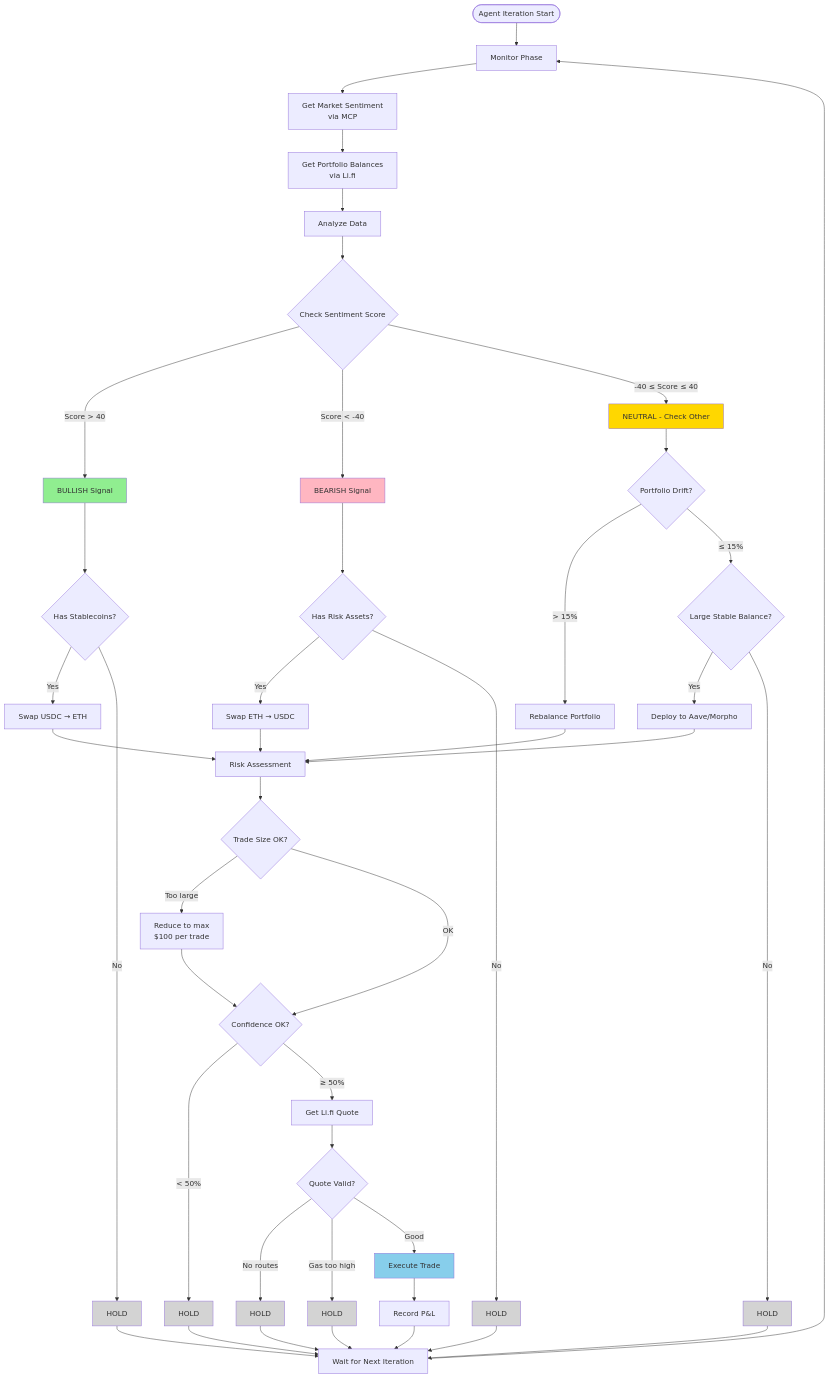
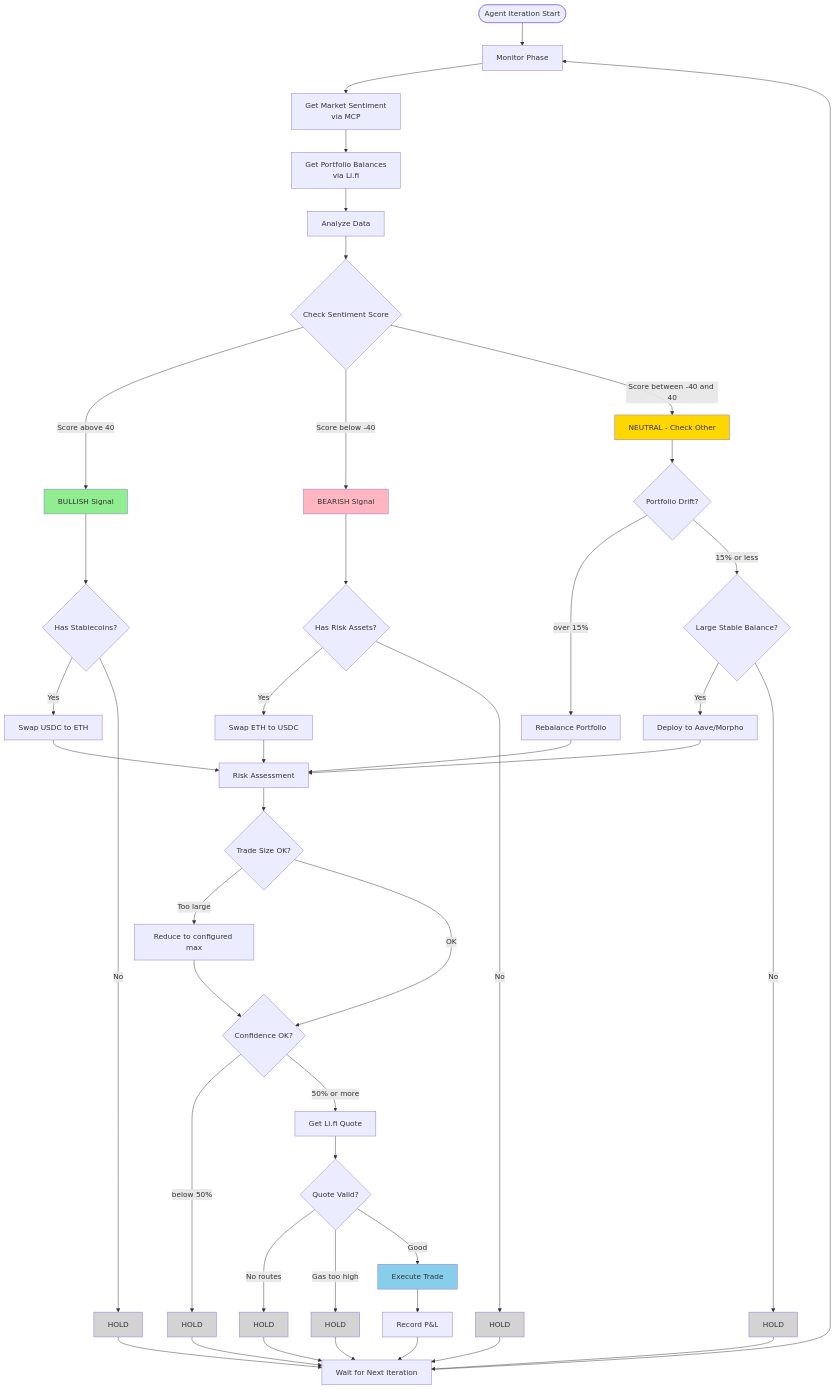
Before and after one commit to vhspace/eXpress402: the fifth of 8 diagrams in docs/HACKATHON-FLOWS.md, drawn with Mermaid. The commit also changed other lines of this file and 38 other files, not shown here.

````diff
--- a/docs/HACKATHON-FLOWS.md
+++ b/docs/HACKATHON-FLOWS.md
@@ -344,70 +340,70 @@
 ```mermaid
 flowchart TB
     Start([Agent Iteration Start]) --> Monitor[Monitor Phase]
     
     Monitor --> GetSentiment[Get Market Sentiment<br/>via MCP]
     GetSentiment --> GetPortfolio[Get Portfolio Balances<br/>via Li.fi]
     GetPortfolio --> Analyze[Analyze Data]
     
     Analyze --> CheckSentiment{Check Sentiment Score}
     
-    CheckSentiment -->|Score > 40| Bullish[BULLISH Signal]
-    CheckSentiment -->|Score < -40| Bearish[BEARISH Signal]
-    CheckSentiment -->|-40 ≤ Score ≤ 40| Neutral[NEUTRAL - Check Other]
+    CheckSentiment -->|Score above 40| Bullish[BULLISH Signal]
+    CheckSentiment -->|Score below -40| Bearish[BEARISH Signal]
+    CheckSentiment -->|Score between -40 and 40| Neutral[NEUTRAL - Check Other]
     
     Bullish --> HasStables{Has Stablecoins?}
-    HasStables -->|Yes| BullishTrade[Swap USDC → ETH]
+    HasStables -->|Yes| BullishTrade[Swap USDC to ETH]
     HasStables -->|No| Hold1[HOLD]
     
     Bearish --> HasRisk{Has Risk Assets?}
-    HasRisk -->|Yes| BearishTrade[Swap ETH → USDC]
+    HasRisk -->|Yes| BearishTrade[Swap ETH to USDC]
     HasRisk -->|No| Hold2[HOLD]
     
     Neutral --> CheckDrift{Portfolio Drift?}
-    CheckDrift -->|> 15%| Rebalance[Rebalance Portfolio]
-    CheckDrift -->|≤ 15%| CheckYield{Large Stable Balance?}
+    CheckDrift -->|over 15%| Rebalance[Rebalance Portfolio]
+    CheckDrift -->|15% or less| CheckYield{Large Stable Balance?}
     
     CheckYield -->|Yes| Yield[Deploy to Aave/Morpho]
     CheckYield -->|No| Hold3[HOLD]
     
     BullishTrade --> RiskCheck[Risk Assessment]
     BearishTrade --> RiskCheck
     Rebalance --> RiskCheck
     Yield --> RiskCheck
     
     RiskCheck --> SizeCheck{Trade Size OK?}
-    SizeCheck -->|Too large| AdjustSize[Reduce to max<br/>$100 per trade]
+    SizeCheck -->|Too large| AdjustSize[Reduce to configured max]
     SizeCheck -->|OK| ConfCheck{Confidence OK?}
     
     AdjustSize --> ConfCheck
-    ConfCheck -->|< 50%| Hold4[HOLD]
-    ConfCheck -->|≥ 50%| GetQuote[Get Li.fi Quote]
+    ConfCheck -->|below 50%| Hold4[HOLD]
+    ConfCheck -->|50% or more| GetQuote[Get Li.fi Quote]
     
     GetQuote --> QuoteOK{Quote Valid?}
     QuoteOK -->|No routes| Hold5[HOLD]
     QuoteOK -->|Gas too high| Hold6[HOLD]
     QuoteOK -->|Good| Execute[Execute Trade]
     
     Execute --> Record[Record P&L]
     Record --> Wait[Wait for Next Iteration]
     
     Hold1 --> Wait
     Hold2 --> Wait
     Hold3 --> Wait
     Hold4 --> Wait
     Hold5 --> Wait
     Hold6 --> Wait
     
     Wait --> Monitor
     
     style Bullish fill:#90EE90
     style Bearish fill:#FFB6C1
     style Neutral fill:#FFD700
     style Execute fill:#87CEEB
     style Hold1 fill:#D3D3D3
     style Hold2 fill:#D3D3D3
     style Hold3 fill:#D3D3D3
     style Hold4 fill:#D3D3D3
     style Hold5 fill:#D3D3D3
     style Hold6 fill:#D3D3D3
 ```
````
